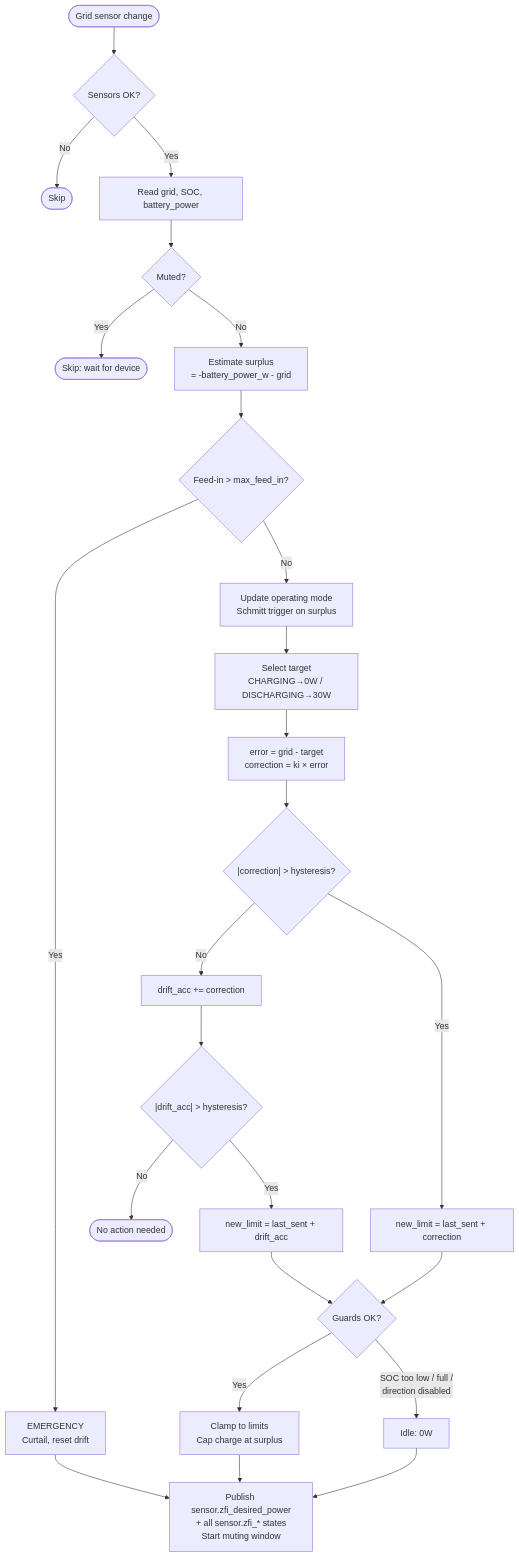
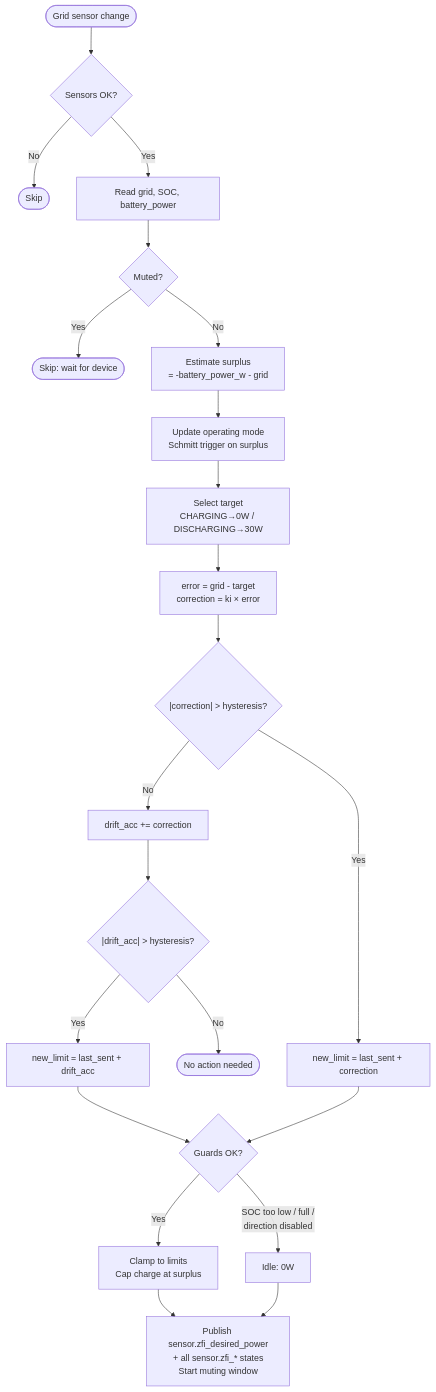
The first of 3 diagrams in docs/zero_feed_in_docs.md (steffenruehl/ha-zero-feed-in), drawn with Mermaid before and after one commit. The commit also changed other lines of this file and 5 other files, not shown here.

First line of the commit message:
Remove leftover complexity: emergency, surplus EMA, current_muting_s

````diff
--- a/docs/zero_feed_in_docs.md
+++ b/docs/zero_feed_in_docs.md
@@ -455,37 +451,33 @@
 ```mermaid
 flowchart TD
     A([Grid sensor change]) --> B{Sensors OK?}
     B -- No --> Z([Skip])
     B -- Yes --> C[Read grid, SOC, battery_power]
 
     C --> MUT{Muted?}
     MUT -- Yes --> Z2([Skip: wait for device])
     MUT -- No --> D["Estimate surplus<br>= -battery_power_w - grid"]
 
-    D --> E{Feed-in > max_feed_in?}
-    E -- Yes --> F["EMERGENCY<br>Curtail, reset drift"]
-    F --> PUB
-
-    E -- No --> G[Update operating mode<br>Schmitt trigger on surplus]
+    D --> G[Update operating mode<br>Schmitt trigger on surplus]
     G --> H[Select target<br>CHARGING→0W / DISCHARGING→30W]
     H --> I["error = grid - target<br>correction = ki × error"]
 
     I --> J{"|correction| > hysteresis?"}
     J -- Yes --> DIRECT["new_limit = last_sent + correction"]
     J -- No --> DRIFT["drift_acc += correction"]
 
     DRIFT --> DCHK{"|drift_acc| > hysteresis?"}
     DCHK -- No --> Z3([No action needed])
     DCHK -- Yes --> DLIM["new_limit = last_sent + drift_acc"]
     DLIM --> GUARD
     DIRECT --> GUARD
 
     GUARD{Guards OK?}
     GUARD -- "SOC too low / full /<br>direction disabled" --> IDLE["Idle: 0W"]
     GUARD -- Yes --> CL["Clamp to limits<br>Cap charge at surplus"]
 
     CL --> PUB
     IDLE --> PUB
 
     PUB["Publish sensor.zfi_desired_power<br>+ all sensor.zfi_* states<br>Start muting window"]
 ```
````
